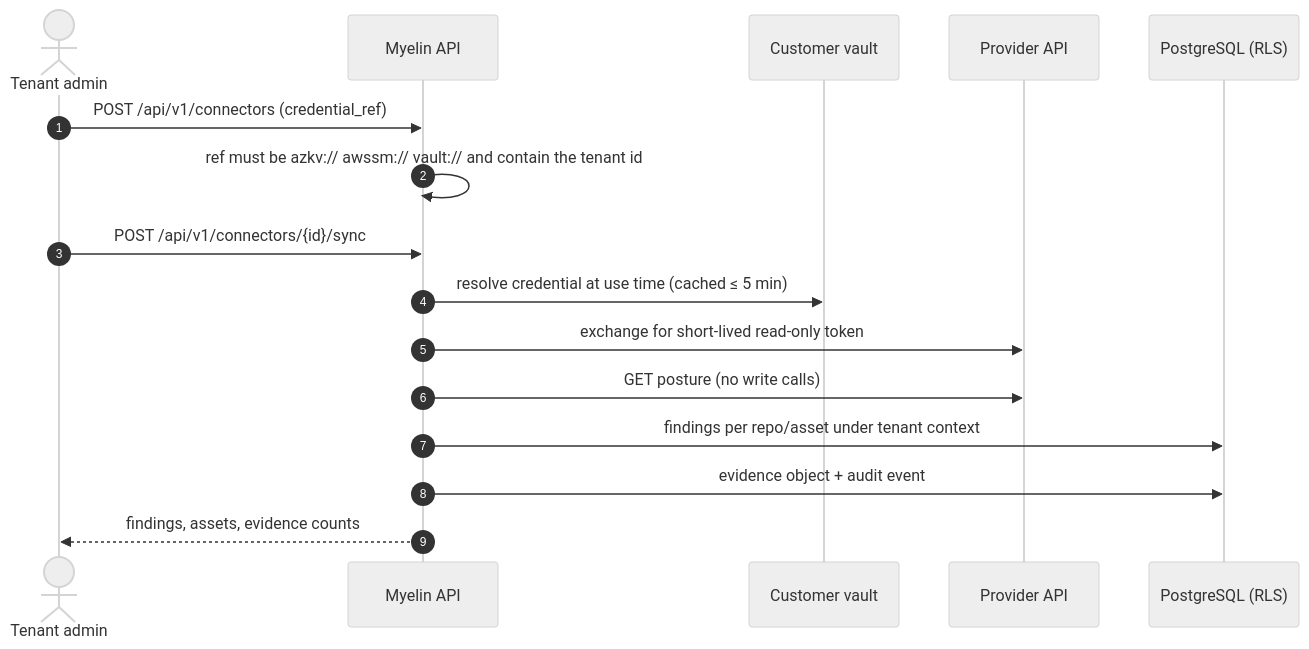
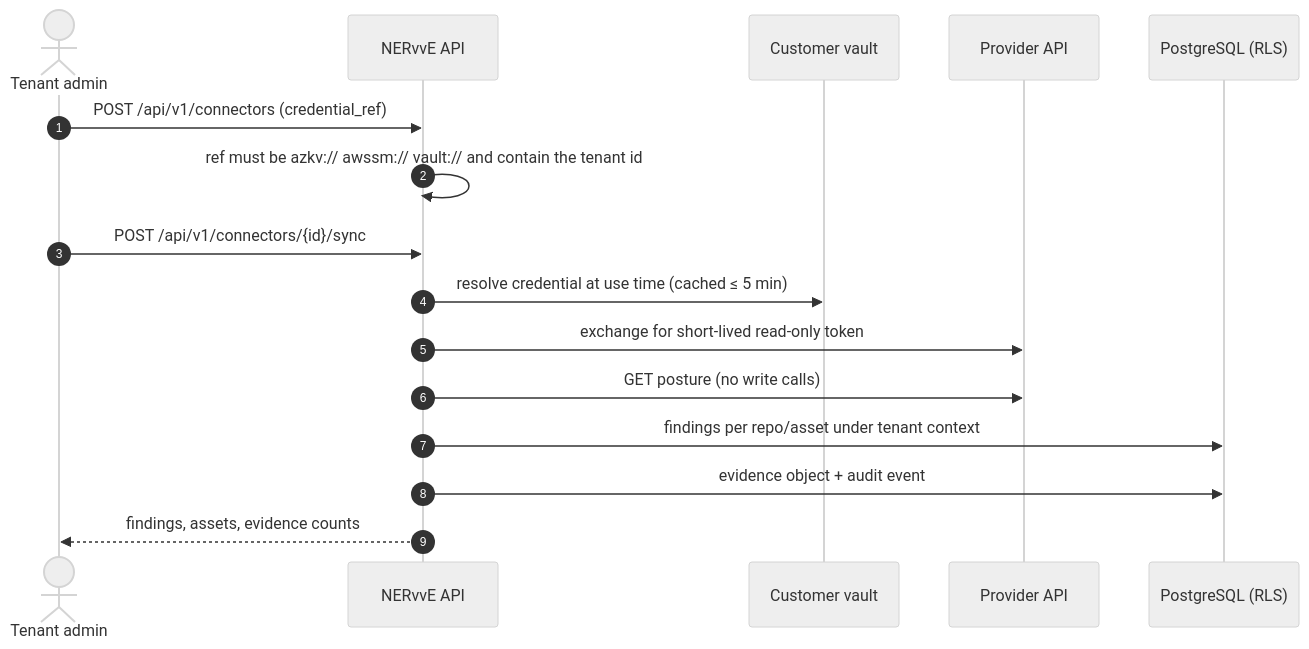
Before and after one commit to sudheerkumard/nerve-myelin-DevSec: the diagram in docs/enterprise/CONNECTORS.md, drawn with Mermaid (neutral theme). The commit also changed other lines of this file and 403 other files, not shown here.

````diff
--- a/docs/enterprise/CONNECTORS.md
+++ b/docs/enterprise/CONNECTORS.md
@@ -11,18 +11,18 @@
 ```mermaid
 sequenceDiagram
   autonumber
   actor A as Tenant admin
-  participant M as Myelin API
+  participant M as NERvvE API
   participant V as Customer vault
   participant X as Provider API
   participant DB as PostgreSQL (RLS)
   A->>M: POST /api/v1/connectors (credential_ref)
   M->>M: ref must be azkv:// awssm:// vault:// and contain the tenant id
   A->>M: POST /api/v1/connectors/{id}/sync
   M->>V: resolve credential at use time (cached ≤ 5 min)
   M->>X: exchange for short-lived read-only token
   M->>X: GET posture (no write calls)
   M->>DB: findings per repo/asset under tenant context
   M->>DB: evidence object + audit event
   M-->>A: findings, assets, evidence counts
 ```
````
